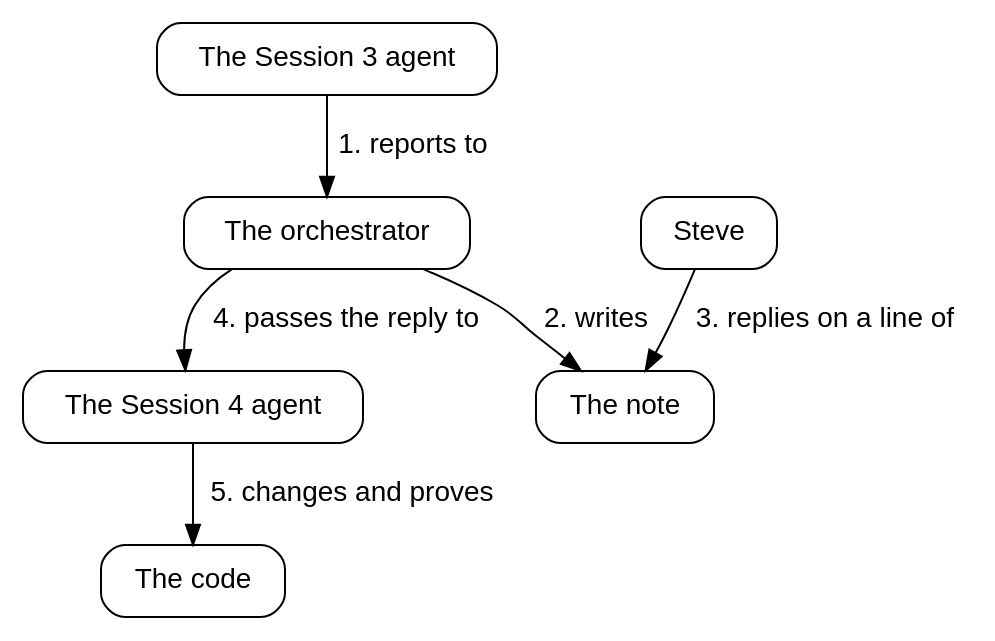
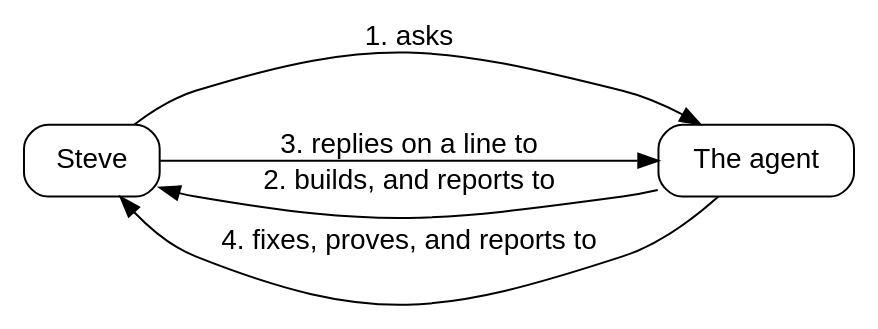
The first of 4 diagrams in book/book.md (showell/shale), drawn with Graphviz before and after one commit. The commit also changed other lines of this file and 5 other files, not shown here.

Commit message:
MISSION AU: the primary workflow first, orchestration is advanced; One loop is Steve and the agent; Session 1 drops the orchestrator; How we work labels it advanced; negatives held at 106

````diff
--- a/book/book.md
+++ b/book/book.md
@@ -120,18 +120,13 @@
 ```dot
-digraph turn {
-  rankdir=TB;
+digraph loop {
+  rankdir=LR;
   node [shape=box, style="rounded", fontname="Helvetica", margin="0.2,0.1"];
   edge [fontname="Helvetica"];
-  agent3 [label="The Session 3 agent"];
-  orchestrator [label="The orchestrator"];
-  note [label="The note"];
   steve [label="Steve"];
-  agent4 [label="The Session 4 agent"];
-  code [label="The code"];
-  agent3 -> orchestrator [label="1. reports to"];
-  orchestrator -> note [label="2. writes"];
-  steve -> note [label="3. replies on a line of"];
-  orchestrator -> agent4 [label="4. passes the reply to"];
-  agent4 -> code [label="5. changes and proves"];
+  agent [label="The agent"];
+  steve -> agent [label="1. asks"];
+  agent -> steve [label="2. builds, and reports to"];
+  steve -> agent [label="3. replies on a line to"];
+  agent -> steve [label="4. fixes, proves, and reports to"];
 }
 ```
````
